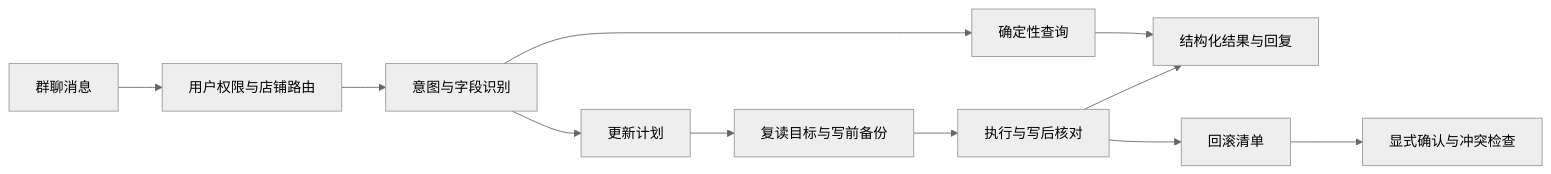
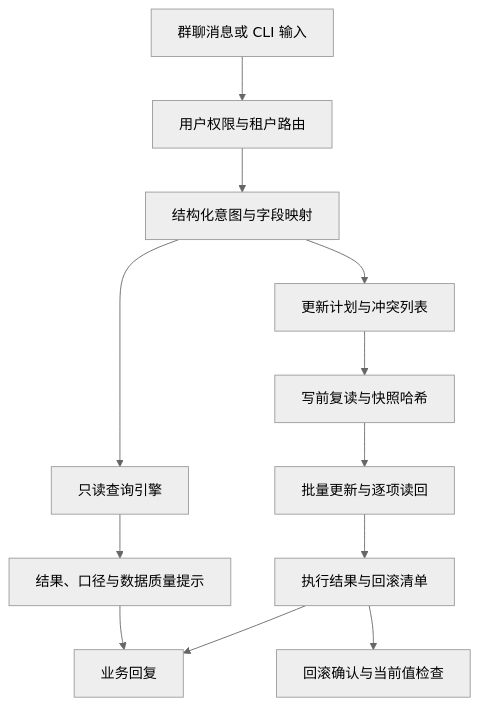
One commit to h296025733-sys/feishu-data-assistant changed the diagram in README.md. Above: the diagram before and after it, drawn with Mermaid (neutral theme). The commit also changed other lines of this file, not shown here.

````diff
--- a/README.md
+++ b/README.md
@@ -11,13 +50,14 @@
 ```mermaid
-flowchart LR
-    A["群聊消息"] --> B["用户权限与店铺路由"]
-    B --> C["意图与字段识别"]
-    C --> D["确定性查询"]
-    C --> E["更新计划"]
-    D --> J["结构化结果与回复"]
-    E --> F["复读目标与写前备份"]
-    F --> G["执行与写后核对"]
-    G --> J
-    G --> H["回滚清单"]
-    H --> I["显式确认与冲突检查"]
+flowchart TD
+    A["群聊消息或 CLI 输入"] --> B["用户权限与租户路由"]
+    B --> C["结构化意图与字段映射"]
+    C --> D["只读查询引擎"]
+    D --> E["结果、口径与数据质量提示"]
+    C --> F["更新计划与冲突列表"]
+    F --> G["写前复读与快照哈希"]
+    G --> H["批量更新与逐项读回"]
+    H --> I["执行结果与回滚清单"]
+    I --> J["回滚确认与当前值检查"]
+    E --> K["业务回复"]
+    I --> K
 ```
````
